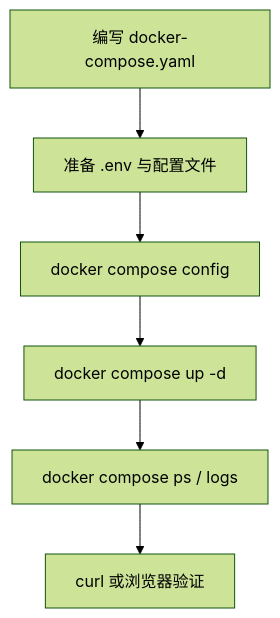
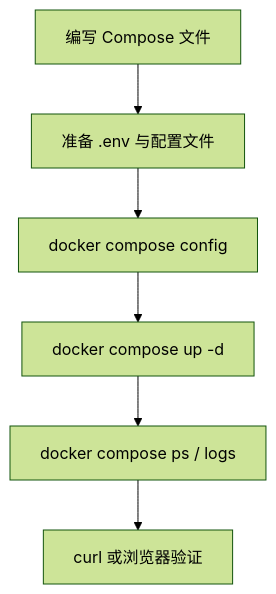
The second of 2 diagrams in docker/docker_6_compose/01_compose_intro.md (hwang-protocol/docker_k8s_2026), drawn with Mermaid (forest theme) before and after one commit. The commit also changed other lines of this file, not shown here.

````diff
--- a/docker/docker_6_compose/01_compose_intro.md
+++ b/docker/docker_6_compose/01_compose_intro.md
@@ -510,8 +518,8 @@
 ```mermaid
 flowchart TD
-  A[编写 docker-compose.yaml] --> B[准备 .env 与配置文件]
+  A[编写 Compose 文件] --> B[准备 .env 与配置文件]
   B --> C[docker compose config]
   C --> D[docker compose up -d]
   D --> E[docker compose ps / logs]
   E --> F[curl 或浏览器验证]
 ```
````
